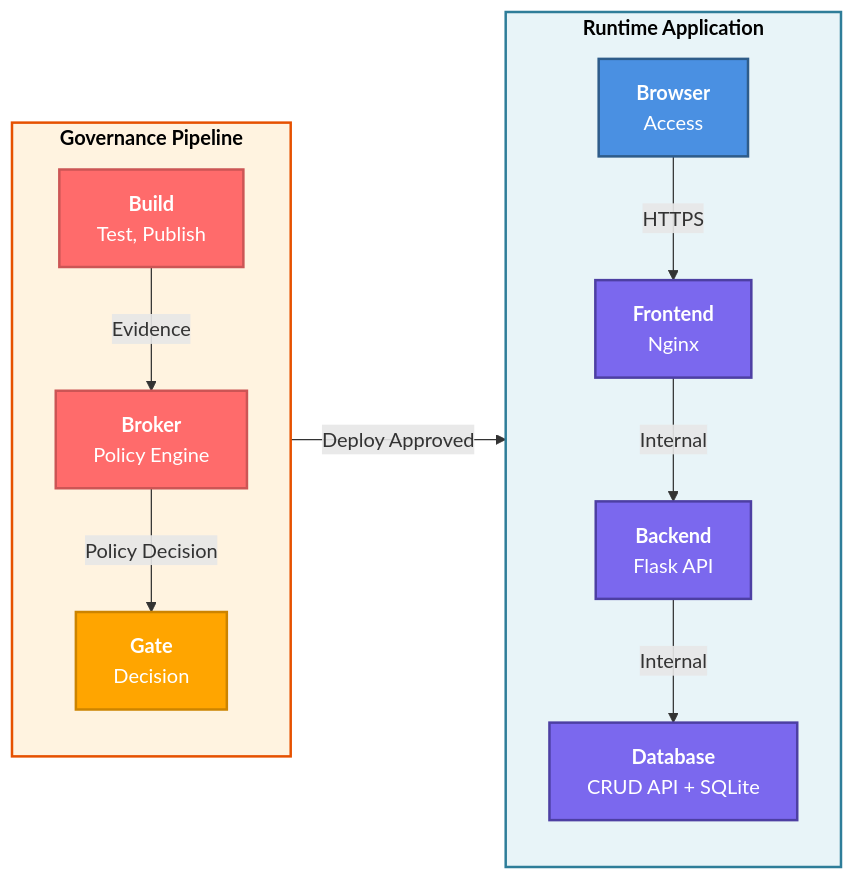
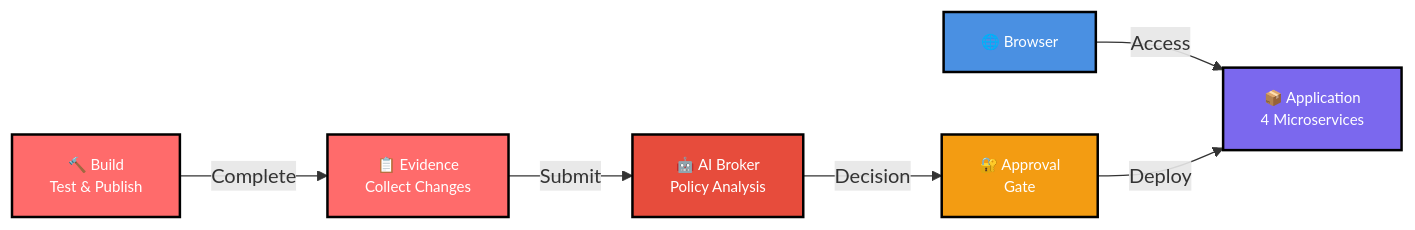
One commit to Georges034302/DRA2.0-POC-Demo-app changed the second of 2 diagrams in README.md. Above: the diagram before and after it, drawn with Mermaid. The commit also changed other lines of this file, not shown here.

Commit message:
docs: Update README with professional profile and architecture flow

````diff
--- a/README.md
+++ b/README.md
@@ -56,32 +55,22 @@
 ```mermaid
 graph LR
-    subgraph Runtime["<b>Runtime Application</b>"]
-        Browser["<b>Browser</b><br/>Access"]
-        Frontend["<b>Frontend</b><br/>Nginx"]
-        Backend["<b>Backend</b><br/>Flask API"]
-        Database["<b>Database</b><br/>CRUD API + SQLite"]
-        Browser -->|HTTPS| Frontend
-        Frontend -->|Internal| Backend
-        Backend -->|Internal| Database
-    end
+    UI["🌐 Browser"]
+    APP["📦 Application<br/>4 Microservices"]
+    BUILD["🔨 Build<br/>Test & Publish"]
+    EVID["📋 Evidence<br/>Collect Changes"]
+    BROKER["🤖 AI Broker<br/>Policy Analysis"]
+    GATE["🔐 Approval<br/>Gate"]
     
-    subgraph Governance["<b>Governance Pipeline</b>"]
-        Build["<b>Build</b><br/>Test, Publish"]
-        Broker["<b>Broker</b><br/>Policy Engine"]
-        Gate["<b>Gate</b><br/>Decision"]
-        Build -->|Evidence| Broker
-        Broker -->|Policy Decision| Gate
-    end
+    UI -->|Access| APP
+    BUILD -->|Complete| EVID
+    EVID -->|Submit| BROKER
+    BROKER -->|Decision| GATE
+    GATE -->|Deploy| APP
     
-    Governance -->|Deploy Approved| Runtime
-    
-    style Runtime fill:#E8F4F8,stroke:#2E7D99,stroke-width:2px,color:#000
-    style Governance fill:#FFF3E0,stroke:#E65100,stroke-width:2px,color:#000
-    style Browser fill:#4A90E2,stroke:#2E5C8A,color:#fff,stroke-width:2px
-    style Frontend fill:#7B68EE,stroke:#4D3FA3,color:#fff,stroke-width:2px
-    style Backend fill:#7B68EE,stroke:#4D3FA3,color:#fff,stroke-width:2px
-    style Database fill:#7B68EE,stroke:#4D3FA3,color:#fff,stroke-width:2px
-    style Build fill:#FF6B6B,stroke:#CC5555,color:#fff,stroke-width:2px
-    style Broker fill:#FF6B6B,stroke:#CC5555,color:#fff,stroke-width:2px
-    style Gate fill:#FFA500,stroke:#CC8400,color:#fff,stroke-width:2px
+    style UI fill:#4A90E2,stroke:#000,stroke-width:2px,color:#fff,font-size:12px
+    style APP fill:#7B68EE,stroke:#000,stroke-width:2px,color:#fff,font-size:12px
+    style BUILD fill:#FF6B6B,stroke:#000,stroke-width:2px,color:#fff,font-size:12px
+    style EVID fill:#FF6B6B,stroke:#000,stroke-width:2px,color:#fff,font-size:12px
+    style BROKER fill:#E74C3C,stroke:#000,stroke-width:2px,color:#fff,font-size:12px
+    style GATE fill:#F39C12,stroke:#000,stroke-width:2px,color:#fff,font-size:12px
 ```
````
